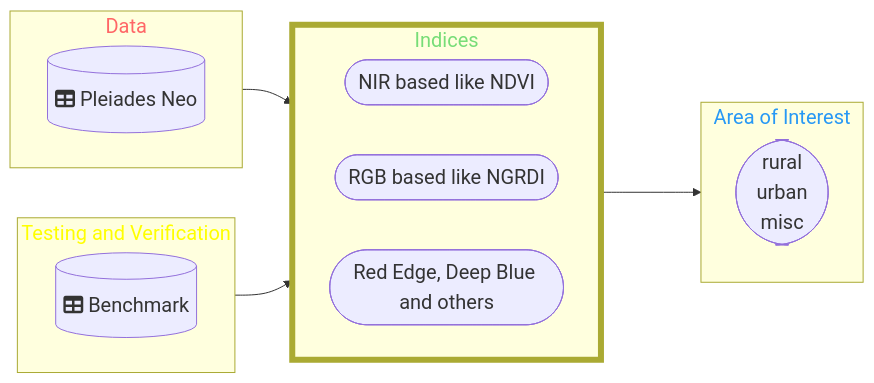
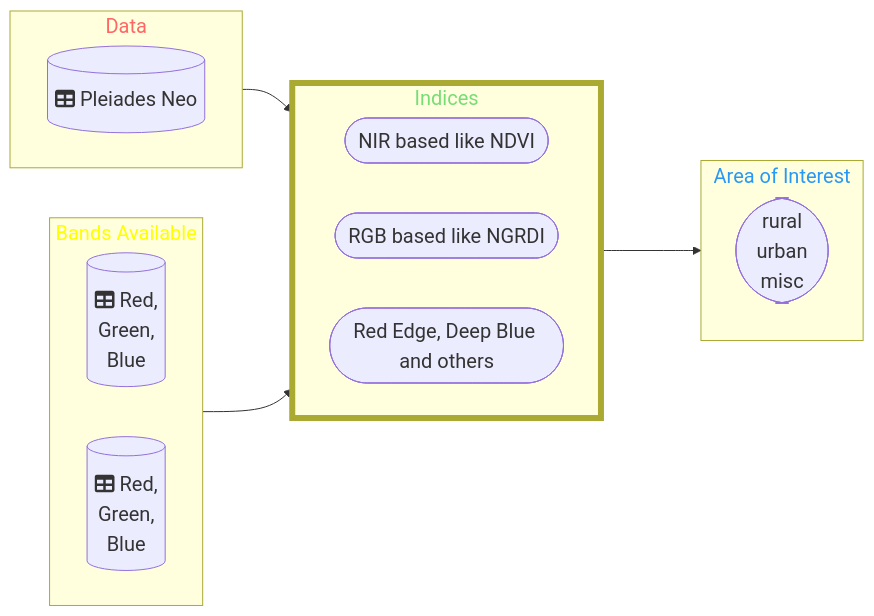
One commit to DippoldEJ/Feature-Detection-and-Explanation changed the diagram in Area-Features/README.md. Above: the diagram before and after it, drawn with Mermaid.

````diff
--- a/Area-Features/README.md
+++ b/Area-Features/README.md
@@ -14,41 +14,42 @@
 ```mermaid
 flowchart LR;
 %%{init: {
 	'themeVariables': { 'fontSize': '20px', 'fontFamily': 'Didot'}
 	}
 }%%
 
  subgraph n[Data]
         direction LR
         b[(fa:fa-table Pleiades Neo)]
     end
 
- subgraph q[Testing and Verification]
+ subgraph q[Bands Available]
         direction LR
-        r[(fa:fa-table Benchmark)]
+        r[(fa:fa-table Red, <br /> Green, <br /> Blue)]
+        h[(fa:fa-table Red, <br /> Green, <br /> Blue)]
     end
 
  subgraph o[Indices]
         direction LR
         j([NIR based like NDVI])
         c([RGB based like NGRDI])
         m([Red Edge, Deep Blue and others])
     end
 
 subgraph p[Area of Interest]
     a([rural <br /> urban  <br />  misc])
     end
 
 style n color:#f66
 style o stroke-width:6px
 style o color:#77DD77
 
 style p color:#2798F5
 style q color:#FFFF00
 
 n-->o
 o-->p
 q-->o
 
 
 ```
````
